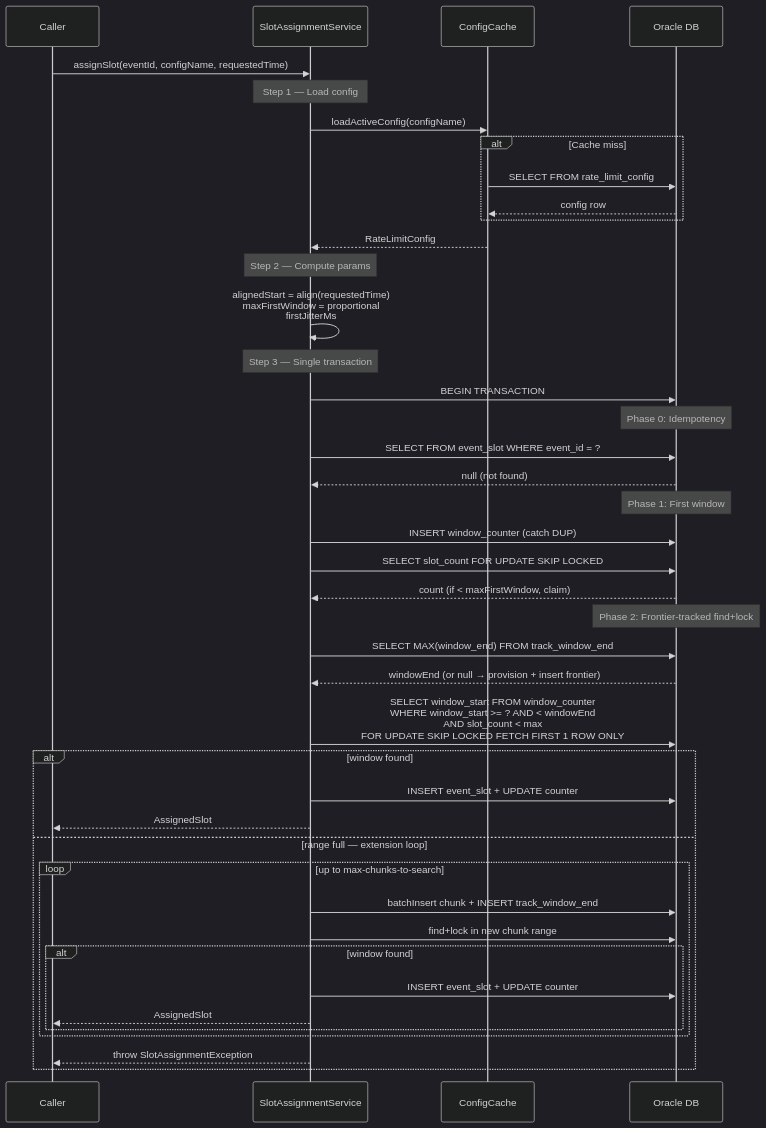
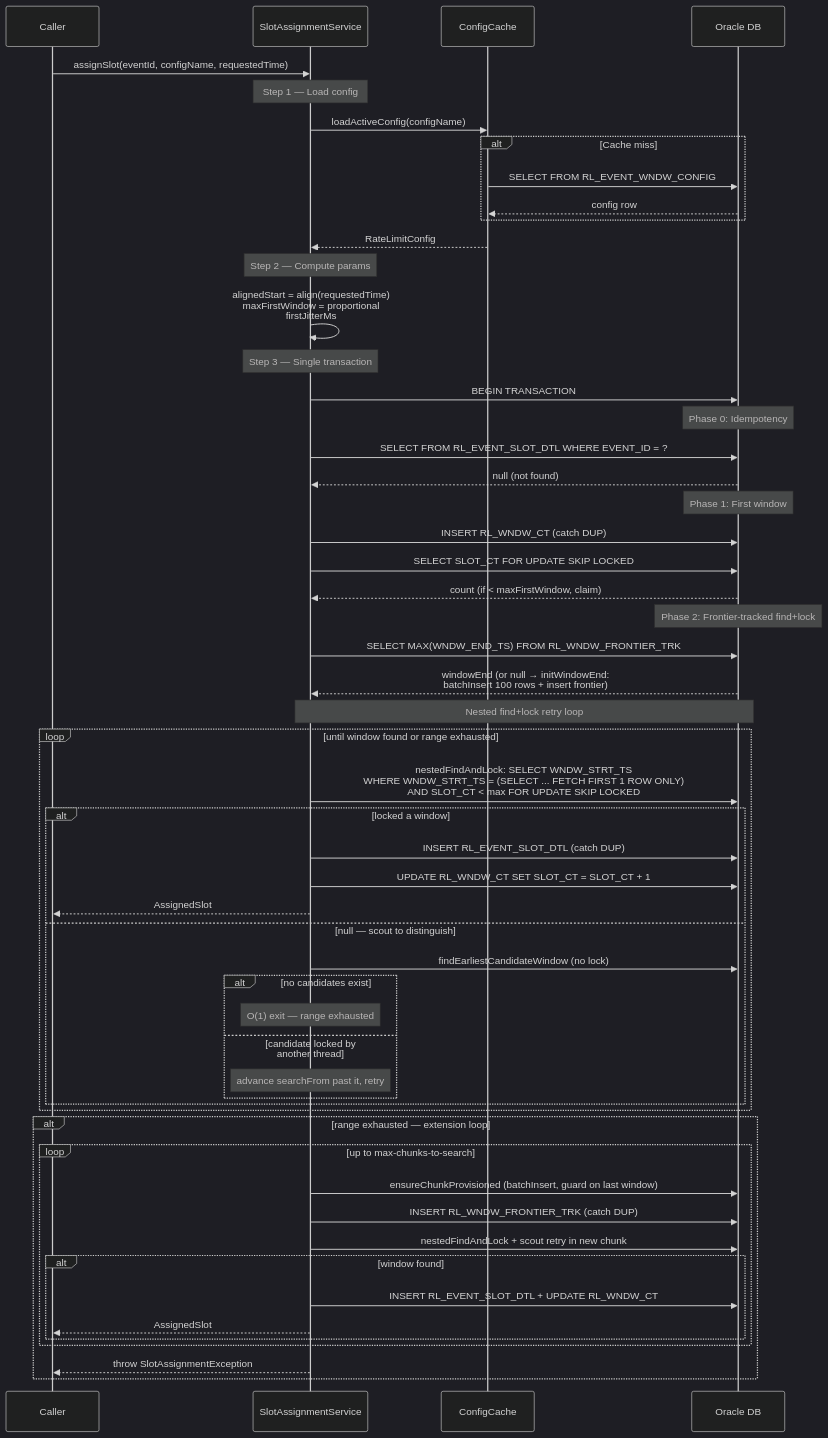
The first of 2 diagrams in README.md (arunav-bhattacharya/rate-limiter), drawn with Mermaid (dark theme) before and after one commit. The commit also changed other lines of this file and 20 other files, not shown here.

````diff
--- a/README.md
+++ b/README.md
@@ -301,52 +314,66 @@
 ```mermaid
 sequenceDiagram
     participant Caller
     participant SAS as SlotAssignmentService
     participant Cache as ConfigCache
     participant DB as Oracle DB
 
     Caller->>SAS: assignSlot(eventId, configName, requestedTime)
 
     Note over SAS: Step 1 — Load config
     SAS->>Cache: loadActiveConfig(configName)
     alt Cache miss
-        Cache->>DB: SELECT FROM rate_limit_config
+        Cache->>DB: SELECT FROM RL_EVENT_WNDW_CONFIG
         DB-->>Cache: config row
     end
     Cache-->>SAS: RateLimitConfig
 
     Note over SAS: Step 2 — Compute params
     SAS->>SAS: alignedStart = align(requestedTime)<br/>maxFirstWindow = proportional<br/>firstJitterMs
 
     Note over SAS: Step 3 — Single transaction
     SAS->>DB: BEGIN TRANSACTION
 
     Note over DB: Phase 0: Idempotency
-    SAS->>DB: SELECT FROM event_slot WHERE event_id = ?
+    SAS->>DB: SELECT FROM RL_EVENT_SLOT_DTL WHERE EVENT_ID = ?
     DB-->>SAS: null (not found)
 
     Note over DB: Phase 1: First window
-    SAS->>DB: INSERT window_counter (catch DUP)
-    SAS->>DB: SELECT slot_count FOR UPDATE SKIP LOCKED
+    SAS->>DB: INSERT RL_WNDW_CT (catch DUP)
+    SAS->>DB: SELECT SLOT_CT FOR UPDATE SKIP LOCKED
     DB-->>SAS: count (if < maxFirstWindow, claim)
 
     Note over DB: Phase 2: Frontier-tracked find+lock
-    SAS->>DB: SELECT MAX(window_end) FROM track_window_end
-    DB-->>SAS: windowEnd (or null → provision + insert frontier)
+    SAS->>DB: SELECT MAX(WNDW_END_TS) FROM RL_WNDW_FRONTIER_TRK
+    DB-->>SAS: windowEnd (or null → initWindowEnd:<br/>batchInsert 100 rows + insert frontier)
 
-    SAS->>DB: SELECT window_start FROM window_counter<br/>WHERE window_start >= ? AND < windowEnd<br/>AND slot_count < max<br/>FOR UPDATE SKIP LOCKED FETCH FIRST 1 ROW ONLY
-    alt window found
-        SAS->>DB: INSERT event_slot + UPDATE counter
-        SAS-->>Caller: AssignedSlot
-    else range full — extension loop
+    Note over SAS,DB: Nested find+lock retry loop
+    loop until window found or range exhausted
+        SAS->>DB: nestedFindAndLock: SELECT WNDW_STRT_TS<br/>WHERE WNDW_STRT_TS = (SELECT ... FETCH FIRST 1 ROW ONLY)<br/>AND SLOT_CT < max FOR UPDATE SKIP LOCKED
+        alt locked a window
+            SAS->>DB: INSERT RL_EVENT_SLOT_DTL (catch DUP)
+            SAS->>DB: UPDATE RL_WNDW_CT SET SLOT_CT = SLOT_CT + 1
+            SAS-->>Caller: AssignedSlot
+        else null — scout to distinguish
+            SAS->>DB: findEarliestCandidateWindow (no lock)
+            alt no candidates exist
+                Note over SAS: O(1) exit — range exhausted
+            else candidate locked by another thread
+                Note over SAS: advance searchFrom past it, retry
+            end
+        end
+    end
+
+    alt range exhausted — extension loop
         loop up to max-chunks-to-search
-            SAS->>DB: batchInsert chunk + INSERT track_window_end
-            SAS->>DB: find+lock in new chunk range
+            SAS->>DB: ensureChunkProvisioned (batchInsert, guard on last window)
+            SAS->>DB: INSERT RL_WNDW_FRONTIER_TRK (catch DUP)
+            SAS->>DB: nestedFindAndLock + scout retry in new chunk
             alt window found
-                SAS->>DB: INSERT event_slot + UPDATE counter
+                SAS->>DB: INSERT RL_EVENT_SLOT_DTL + UPDATE RL_WNDW_CT
                 SAS-->>Caller: AssignedSlot
             end
         end
         SAS-->>Caller: throw SlotAssignmentException
     end
 ```
````
